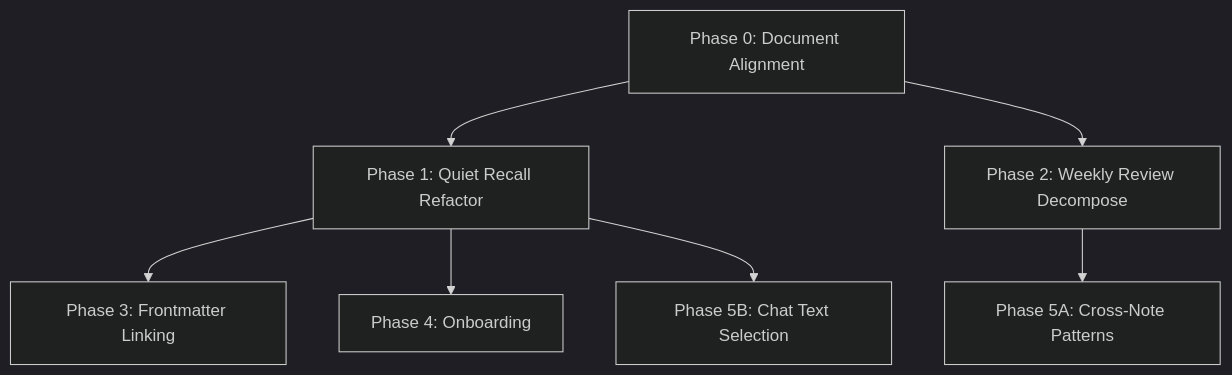
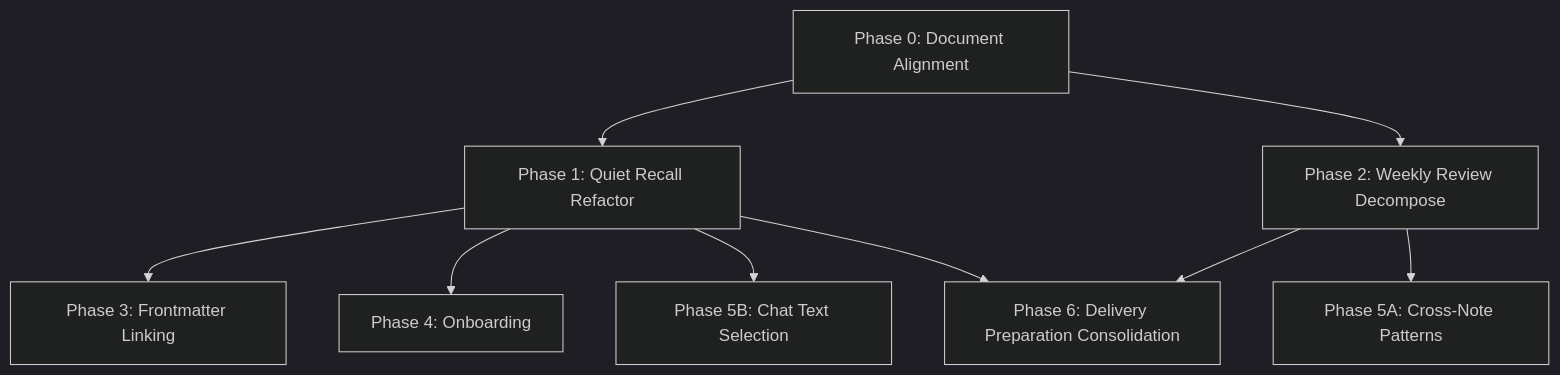
One commit to edonyzpc/personal-assistant changed the diagram in docs/pa-product-redesign-development-tracker.md. Above: the diagram before and after it, drawn with Mermaid (dark theme). The commit also changed other lines of this file and 48 other files, not shown here.

````diff
--- a/docs/pa-product-redesign-development-tracker.md
+++ b/docs/pa-product-redesign-development-tracker.md
@@ -35,9 +35,11 @@
 ```mermaid
 flowchart TD
     P0[Phase 0: Document Alignment] --> P1[Phase 1: Quiet Recall Refactor]
     P0 --> P2[Phase 2: Weekly Review Decompose]
     P1 --> P3[Phase 3: Frontmatter Linking]
     P1 --> P4[Phase 4: Onboarding]
     P2 --> P5A[Phase 5A: Cross-Note Patterns]
     P1 --> P5B[Phase 5B: Chat Text Selection]
+    P1 --> P6[Phase 6: Delivery Preparation Consolidation]
+    P2 --> P6
 ```
````
